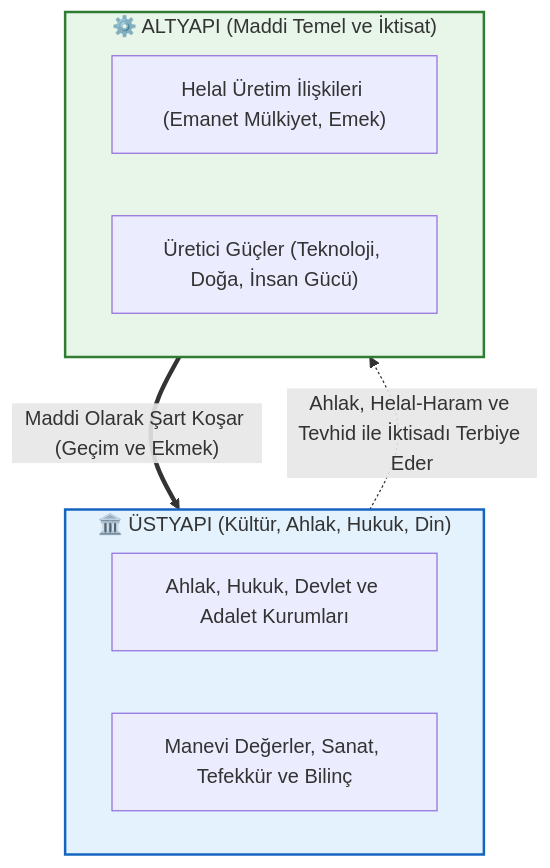
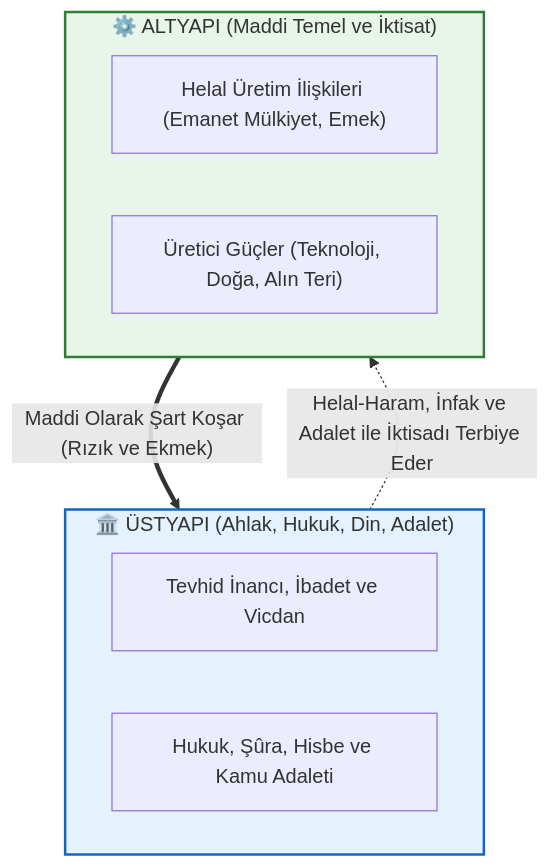
One commit to arch-yunus/marksizm-okumalari changed the first of 2 diagrams in README.md. Above: the diagram before and after it, drawn with Mermaid. The commit also changed other lines of this file and 2 other files, not shown here.

Commit message:
feat: repo bastan sona tevhid, adalet, islam iktisadi mukayesesi ve musluman arastirmacilar okuma rehberi ile zenginlestirildi

````diff
--- a/README.md
+++ b/README.md
@@ -83,20 +96,20 @@
 ```mermaid
 flowchart TD
-    subgraph ÜSTYAPI ["🏛️ ÜSTYAPI (Kültür, Ahlak, Hukuk, Din)"]
-        U1["Ahlak, Hukuk, Devlet ve Adalet Kurumları"]
-        U2["Manevi Değerler, Sanat, Tefekkür ve Bilinç"]
+    subgraph ÜSTYAPI ["🏛️ ÜSTYAPI (Ahlak, Hukuk, Din, Adalet)"]
+        U1["Tevhid İnancı, İbadet ve Vicdan"]
+        U2["Hukuk, Şûra, Hisbe ve Kamu Adaleti"]
     end
 
     subgraph ALTYAPI ["⚙️ ALTYAPI (Maddi Temel ve İktisat)"]
         A1["Helal Üretim İlişkileri (Emanet Mülkiyet, Emek)"]
-        A2["Üretici Güçler (Teknoloji, Doğa, İnsan Gücü)"]
+        A2["Üretici Güçler (Teknoloji, Doğa, Alın Teri)"]
     end
 
-    ALTYAPI ==>|"Maddi Olarak Şart Koşar (Geçim ve Ekmek)"| ÜSTYAPI
-    ÜSTYAPI -.->|"Ahlak, Helal-Haram ve Tevhid ile İktisadı Terbiye Eder"| ALTYAPI
+    ALTYAPI ==>|"Maddi Olarak Şart Koşar (Rızık ve Ekmek)"| ÜSTYAPI
+    ÜSTYAPI -.->|"Helal-Haram, İnfak ve Adalet ile İktisadı Terbiye Eder"| ALTYAPI
 
     classDef baseStyle fill:#e8f5e9,stroke:#2e7d32,stroke-width:2px;
     classDef superStyle fill:#e3f2fd,stroke:#1565c0,stroke-width:2px;
     class ALTYAPI baseStyle;
     class ÜSTYAPI superStyle;
 ```
````
